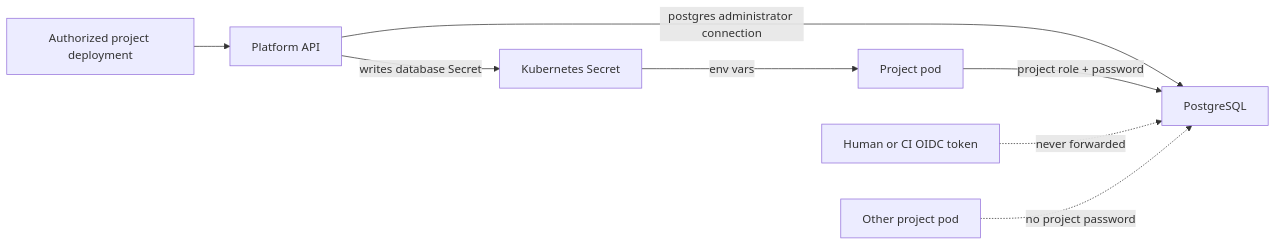
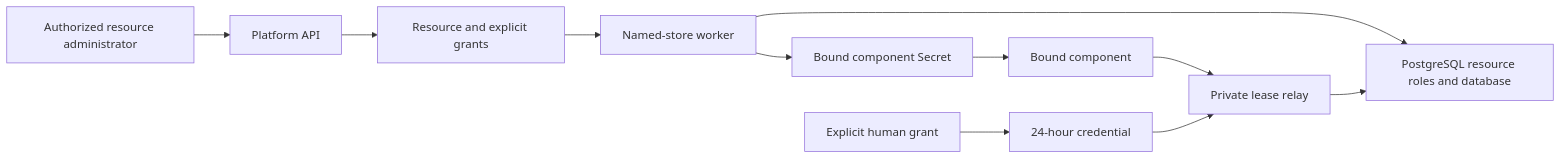
Before and after one commit to eseidinger/developer-platform: the fourth of 5 diagrams in docs/architecture/security-and-authorization.md, drawn with Mermaid. The commit also changed other lines of this file and 65 other files, not shown here.

````diff
--- a/docs/architecture/security-and-authorization.md
+++ b/docs/architecture/security-and-authorization.md
@@ -422,10 +414,13 @@
 ```mermaid
 flowchart LR
-  Request[Authorized project deployment] --> API[Platform API]
-  API -->|postgres administrator connection| SQL[PostgreSQL]
-  API -->|writes database Secret| Secret[Kubernetes Secret]
-  Secret -->|env vars| Pod[Project pod]
-  Pod -->|project role + password| SQL
-  Caller[Human or CI OIDC token] -. never forwarded .-> SQL
-  Other[Other project pod] -. no project password .-> SQL
+  Admin[Authorized resource administrator] --> API[Platform API]
+  API --> Catalog[Resource and explicit grants]
+  Catalog --> Worker[Named-store worker]
+  Worker --> SQL[PostgreSQL resource roles and database]
+  Worker --> Secret[Bound component Secret]
+  Secret --> Pod[Bound component]
+  Human[Explicit human grant] --> Lease[24-hour credential]
+  Pod --> Relay[Private lease relay]
+  Lease --> Relay
+  Relay --> SQL
 ```
````
